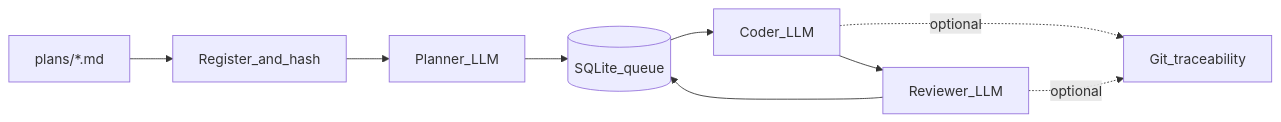
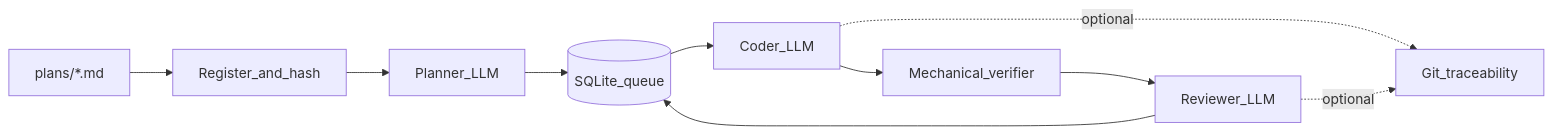
One commit to KEYHAN-A/local-ai-agent-orchestrator changed the second of 3 diagrams in README.md. Above: the diagram before and after it, drawn with Mermaid. The commit also changed other lines of this file and 1 other file, not shown here.

````diff
--- a/README.md
+++ b/README.md
@@ -356,11 +386,12 @@
 ```mermaid
 flowchart LR
   plansMd["plans/*.md"] --> register[Register_and_hash]
   register --> plannerLLM[Planner_LLM]
   plannerLLM --> sqliteQ[("SQLite_queue")]
   sqliteQ --> coderLLM[Coder_LLM]
-  coderLLM --> reviewerLLM[Reviewer_LLM]
+  coderLLM --> verifier[Mechanical_verifier]
+  verifier --> reviewerLLM[Reviewer_LLM]
   reviewerLLM --> sqliteQ
   coderLLM -.->|optional| gitTrace[Git_traceability]
   reviewerLLM -.->|optional| gitTrace
 ```
````
